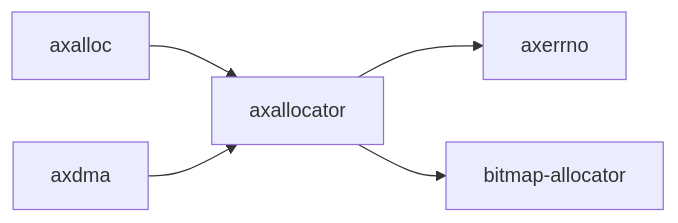
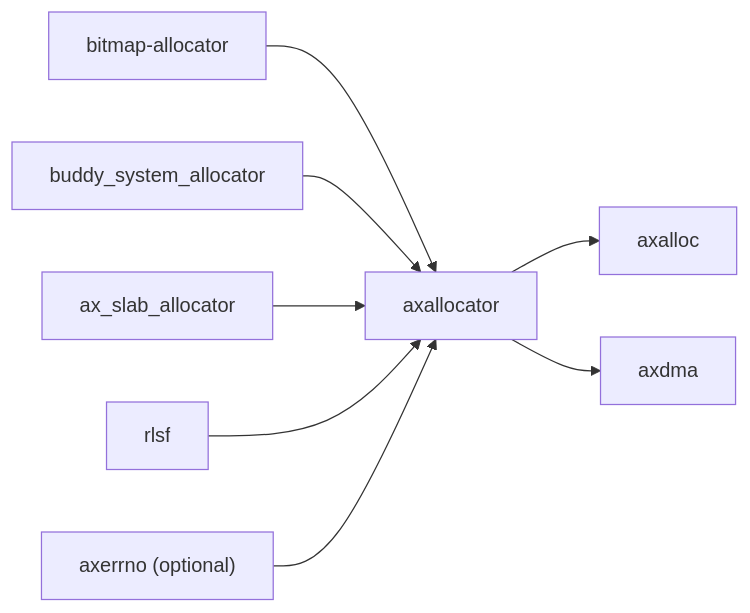
One commit to rcore-os/tgoskits changed the diagram in docs/crates/axallocator.md. Above: the diagram before and after it, drawn with Mermaid. The commit also changed other lines of this file and 99 other files, not shown here.

````diff
--- a/docs/crates/axallocator.md
+++ b/docs/crates/axallocator.md
@@ -38,8 +70,11 @@
 ```mermaid
 graph LR
-    current["axallocator"]
-    current --> axerrno["axerrno"]
-    current --> bitmap_allocator["bitmap-allocator"]
-    axalloc["axalloc"] --> current
-    axdma["axdma"] --> current
+    bitmap["bitmap-allocator"] --> axallocator["axallocator"]
+    buddy["buddy_system_allocator"] --> axallocator
+    slab["ax_slab_allocator"] --> axallocator
+    tlsf["rlsf"] --> axallocator
+    axerrno["axerrno (optional)"] --> axallocator
+
+    axallocator --> axalloc["axalloc"]
+    axallocator --> axdma["axdma"]
 ```
````
